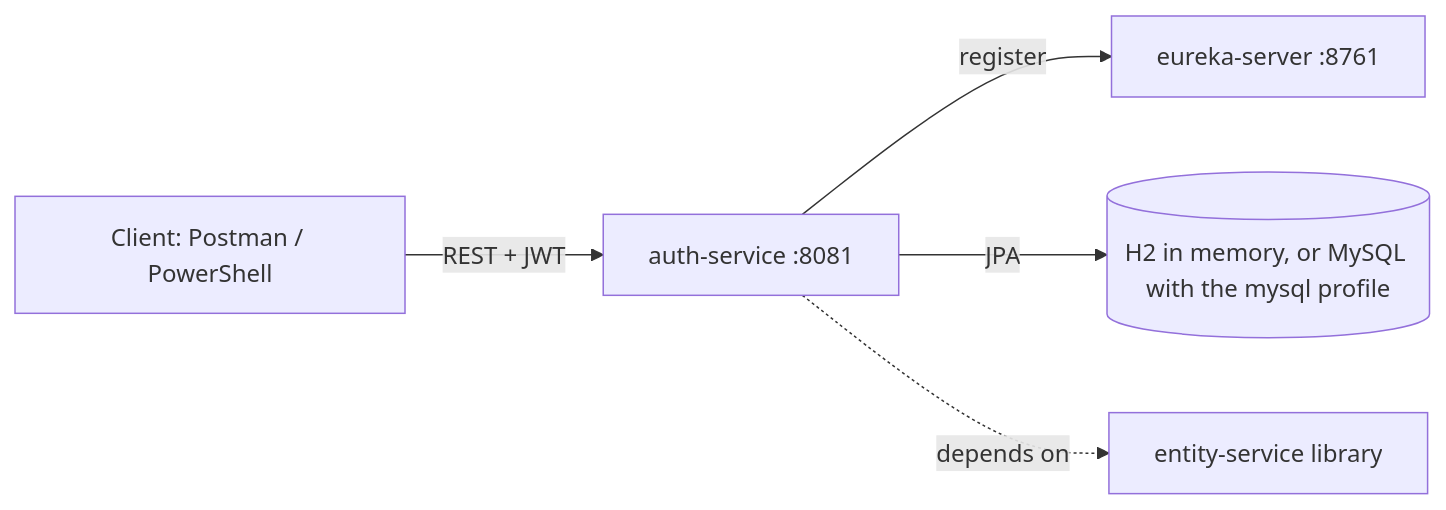
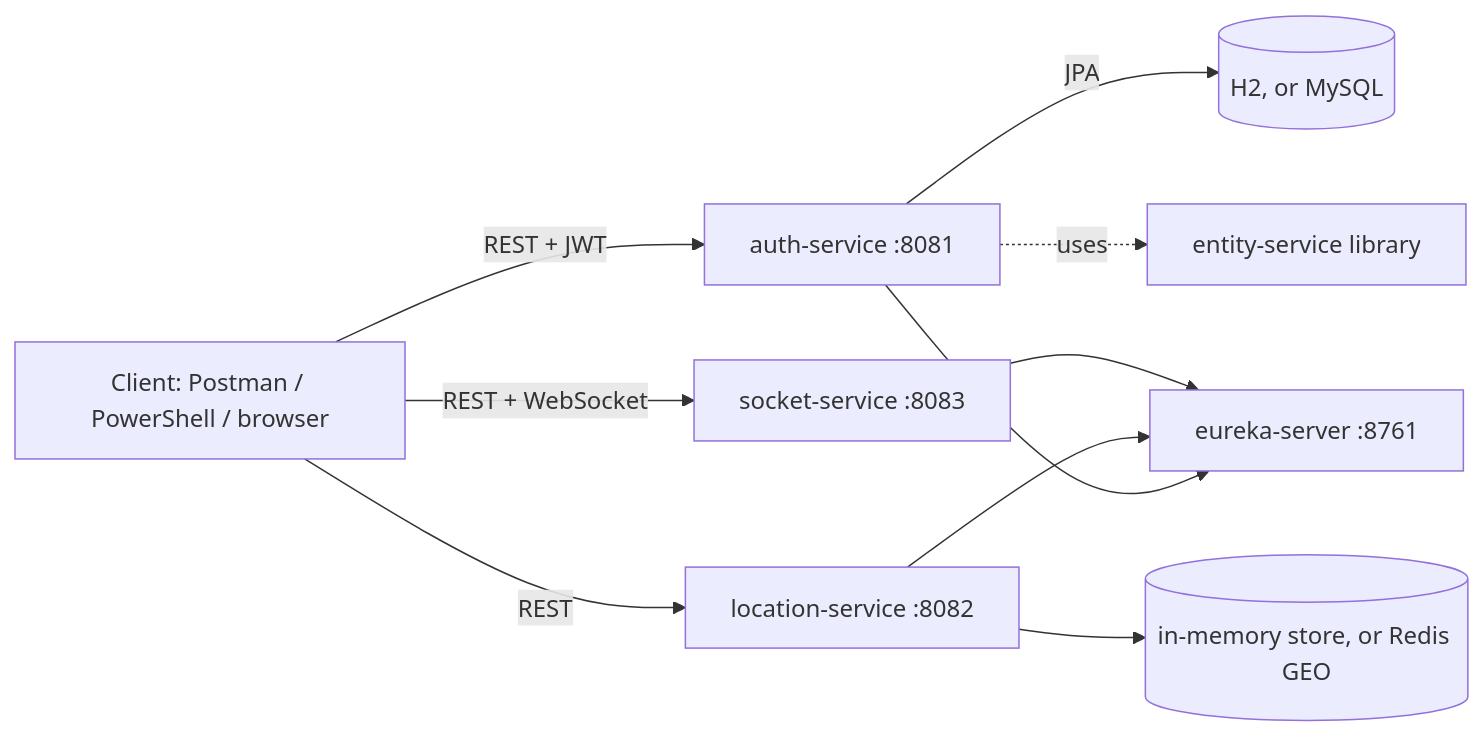
The first of 5 diagrams in docs/HLD.md (piyush932/uber-ride-platform), drawn with Mermaid before and after one commit. The commit also changed other lines of this file and 34 other files, not shown here.

Commit message:
Stage 2: location-service (in-memory + Redis GEO), socket-service (STOMP), scripts, tests, docs

````diff
--- a/docs/HLD.md
+++ b/docs/HLD.md
@@ -11,7 +11,12 @@
 ```mermaid
 flowchart LR
-    C[Client: Postman / PowerShell] -->|REST + JWT| A[auth-service :8081]
-    A -->|register| E[eureka-server :8761]
-    A -->|JPA| M[(H2 in memory, or MySQL with the mysql profile)]
-    A -. depends on .-> L[entity-service library]
+    C[Client: Postman / PowerShell / browser] -->|REST + JWT| A[auth-service :8081]
+    C -->|REST| L[location-service :8082]
+    C -->|REST + WebSocket| S[socket-service :8083]
+    A --> E[eureka-server :8761]
+    L --> E
+    S --> E
+    A -->|JPA| M[(H2, or MySQL)]
+    L --> ST[(in-memory store, or Redis GEO)]
+    A -. uses .-> LIB[entity-service library]
 ```
````
